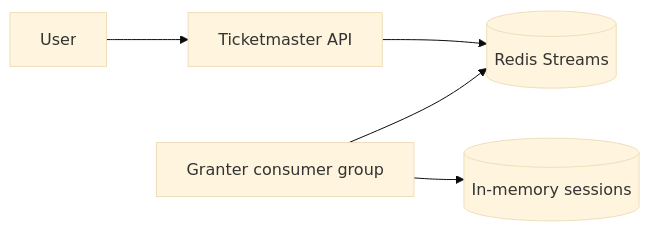
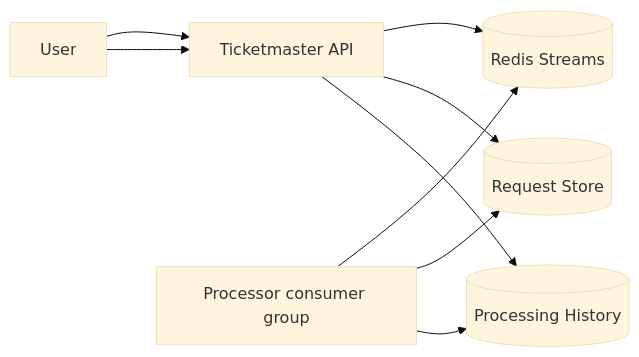
The first of 2 diagrams in ticketmaster/tech-waiting-room/redis-streams/README.md (ShalomDeitch1/examples), drawn with Mermaid (base theme) before and after one commit. The commit also changed other lines of this file and 5 other files, not shown here.

````diff
--- a/ticketmaster/tech-waiting-room/redis-streams/README.md
+++ b/ticketmaster/tech-waiting-room/redis-streams/README.md
@@ -48,7 +49,11 @@
 ```mermaid
 flowchart LR
   U[User] --> TM[Ticketmaster API]
   TM --> R[(Redis Streams)]
-  G[Granter consumer group] --> R
-  G --> S[(In-memory sessions)]
+  P[Processor consumer group] --> R
+  P --> S[(Request Store)]
+  P --> H[(Processing History)]
+  U --> TM
+  TM --> S
+  TM --> H
 ```
````
